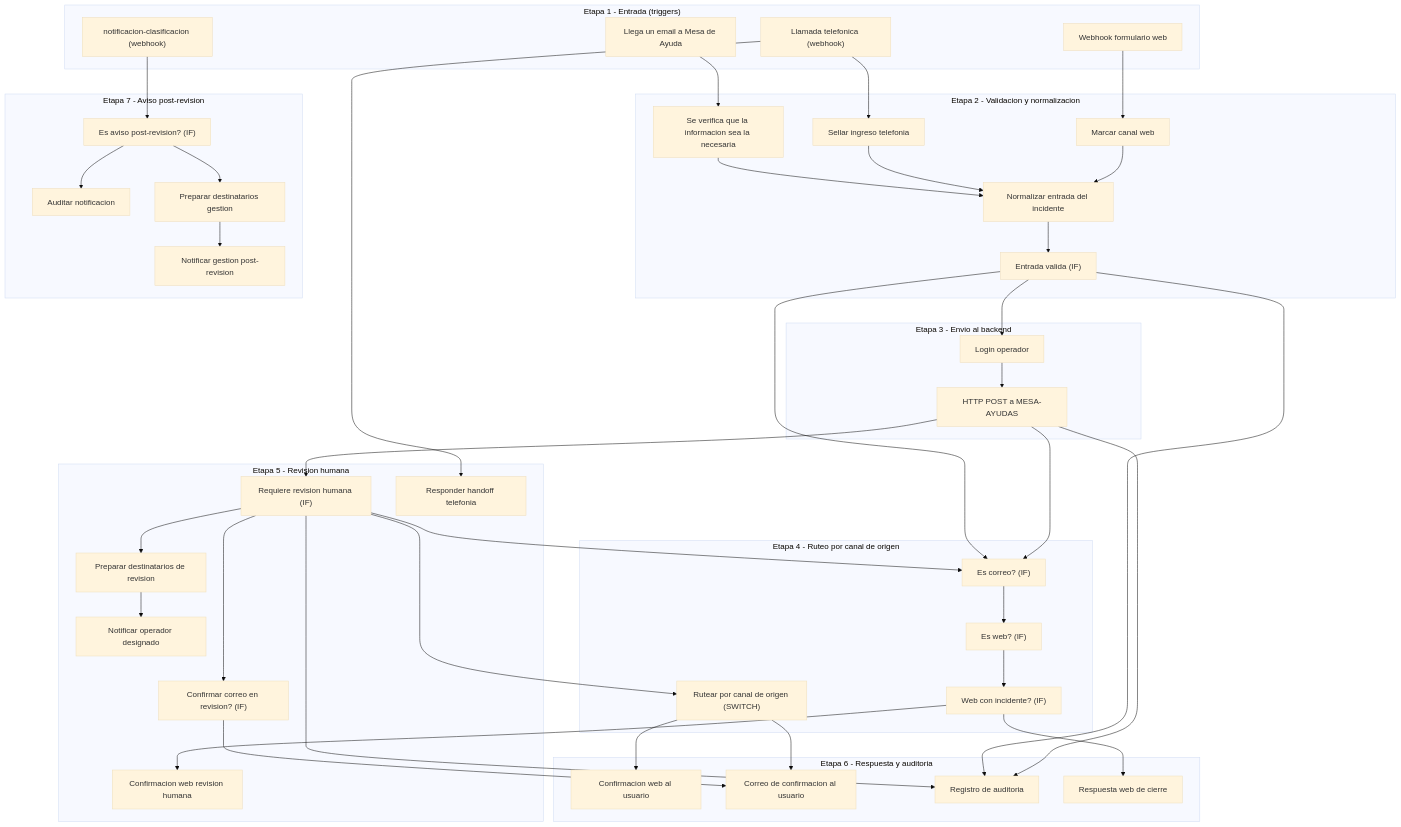
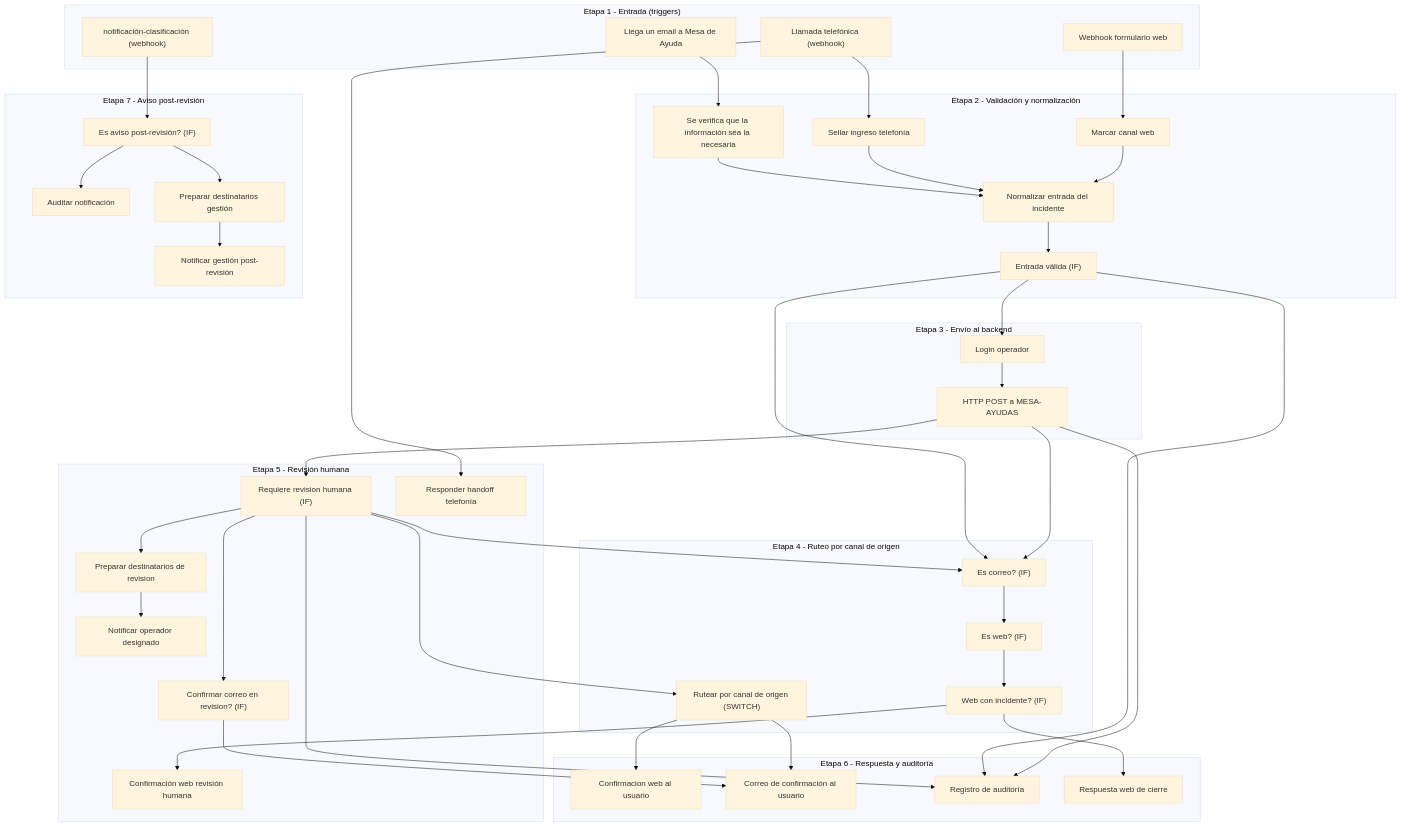
One commit to lucaGomezB/Automatizacion-de-Mesa-de-Ayuda-N8N changed the diagram in docs/diagrams/flujo_n8n.md. Above: the diagram before and after it, drawn with Mermaid (base theme). The commit also changed 39 other files, not shown here.

```diff
--- a/docs/diagrams/flujo_n8n.md
+++ b/docs/diagrams/flujo_n8n.md
@@ -13,20 +13,20 @@
 flowchart TB
     subgraph ENTRADA["Etapa 1 - Entrada (triggers)"]
         A1["Llega un email a Mesa de Ayuda"]
-        A2["Llamada telefonica (webhook)"]
+        A2["Llamada telefónica (webhook)"]
         A3["Webhook formulario web"]
-        A4["notificacion-clasificacion (webhook)"]
+        A4["notificación-clasificación (webhook)"]
     end
 
-    subgraph VALIDACION["Etapa 2 - Validacion y normalizacion"]
-        B1["Se verifica que la informacion sea la necesaria"]
-        B2["Sellar ingreso telefonia"]
+    subgraph VALIDACION["Etapa 2 - Validación y normalización"]
+        B1["Se verifica que la información sea la necesaria"]
+        B2["Sellar ingreso telefonía"]
         B3["Marcar canal web"]
         B4["Normalizar entrada del incidente"]
-        B5["Entrada valida (IF)"]
+        B5["Entrada válida (IF)"]
     end
 
-    subgraph ENVIO["Etapa 3 - Envio al backend"]
+    subgraph ENVIO["Etapa 3 - Envío al backend"]
         C1["Login operador"]
         C2["HTTP POST a MESA-AYUDAS"]
     end
@@ -38,27 +38,27 @@
         D4["Web con incidente? (IF)"]
     end
 
-    subgraph REVISION["Etapa 5 - Revision humana"]
+    subgraph REVISION["Etapa 5 - Revisión humana"]
         E1["Requiere revision humana (IF)"]
         E2["Preparar destinatarios de revision"]
         E3["Notificar operador designado"]
         E4["Confirmar correo en revision? (IF)"]
-        E5["Confirmacion web revision humana"]
-        E6["Responder handoff telefonia"]
+        E5["Confirmación web revisión humana"]
+        E6["Responder handoff telefonía"]
     end
 
-    subgraph RESPUESTA["Etapa 6 - Respuesta y auditoria"]
+    subgraph RESPUESTA["Etapa 6 - Respuesta y auditoría"]
         F1["Confirmacion web al usuario"]
-        F2["Correo de confirmacion al usuario"]
-        F3["Registro de auditoria"]
+        F2["Correo de confirmación al usuario"]
+        F3["Registro de auditoría"]
         F4["Respuesta web de cierre"]
     end
 
-    subgraph POST["Etapa 7 - Aviso post-revision"]
-        G1["Auditar notificacion"]
-        G2["Es aviso post-revision? (IF)"]
-        G3["Preparar destinatarios gestion"]
-        G4["Notificar gestion post-revision"]
+    subgraph POST["Etapa 7 - Aviso post-revisión"]
+        G1["Auditar notificación"]
+        G2["Es aviso post-revisión? (IF)"]
+        G3["Preparar destinatarios gestión"]
+        G4["Notificar gestión post-revisión"]
     end
 
     A1 --> B1
```
